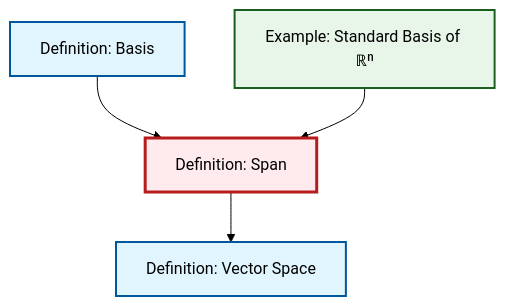
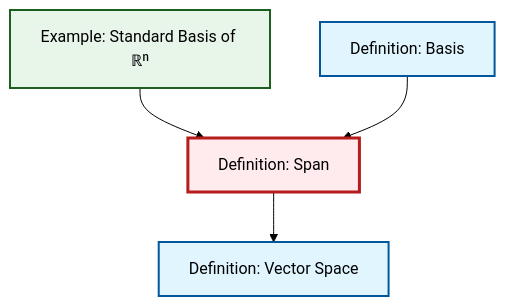
One commit to RK0429/ModernMath changed the diagram in content/en/algebra/def-span.qmd. Above: the diagram before and after it, drawn with Mermaid (forest theme). The commit also changed other lines of this file and 672 other files, not shown here.

````diff
--- a/content/en/algebra/def-span.qmd
+++ b/content/en/algebra/def-span.qmd
@@ -47,20 +47,20 @@
 ```{mermaid}
 %%| fig-cap: "Local dependency graph"
 graph TD
     classDef definition fill:#e1f5fe,stroke:#01579b,stroke-width:2px
     classDef theorem fill:#f3e5f5,stroke:#4a148c,stroke-width:2px
     classDef axiom fill:#fff3e0,stroke:#e65100,stroke-width:2px
     classDef example fill:#e8f5e9,stroke:#1b5e20,stroke-width:2px
     classDef current fill:#ffebee,stroke:#b71c1c,stroke-width:3px
+    ex-standard-basis-rn["Example: Standard Basis of ℝⁿ"]:::example
     def-span["Definition: Span"]:::definition
+    def-vector-space["Definition: Vector Space"]:::definition
     def-basis["Definition: Basis"]:::definition
-    ex-standard-basis-rn["Example: Standard Basis of ℝⁿ"]:::example
-    def-vector-space["Definition: Vector Space"]:::definition
-    def-basis --> def-span
     def-span --> def-vector-space
     ex-standard-basis-rn --> def-span
+    def-basis --> def-span
     class def-span current
-    click def-basis "def-basis.html" "Go to Basis definition"
     click ex-standard-basis-rn "ex-standard-basis-rn.html" "Go to Standard Basis of ℝⁿ example"
     click def-vector-space "def-vector-space.html" "Go to Vector Space definition"
+    click def-basis "def-basis.html" "Go to Basis definition"
 ```
````
